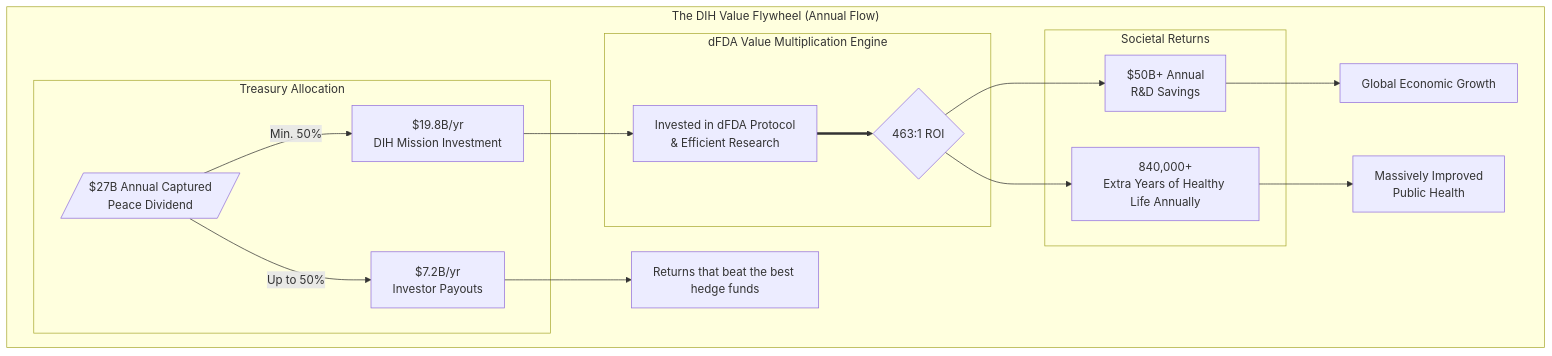
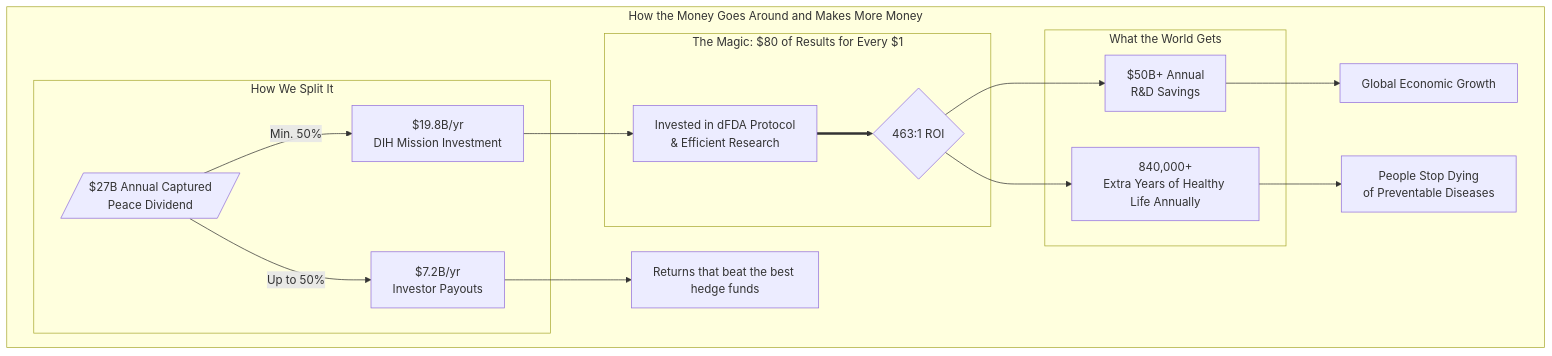
Before and after one commit to mikepsinn/disease-eradication-plan: the second of 2 diagrams in README.md, drawn with Mermaid. The commit also changed other lines of this file and 1 other file, not shown here.

````diff
--- a/README.md
+++ b/README.md
@@ -182,25 +184,25 @@
 ```mermaid
 graph TD;
-    subgraph "The DIH Value Flywheel (Annual Flow)";
+    subgraph "How the Money Goes Around and Makes More Money";
         A[/"$27B Annual Captured<br/>Peace Dividend"/];
 
-        subgraph "Treasury Allocation";
+        subgraph "How We Split It";
             A -->|"Up to 50%"| B["$7.2B/yr<br/>Investor Payouts"];
             A -->|"Min. 50%"| C["$19.8B/yr<br/>DIH Mission Investment"];
         end
 
-        subgraph "dFDA Value Multiplication Engine";
+        subgraph "The Magic: $80 of Results for Every $1";
             C --> D["Invested in dFDA Protocol<br/>& Efficient Research"];
             D ==> E{"463:1 ROI"};
         end
 
-        subgraph "Societal Returns";
+        subgraph "What the World Gets";
             E --> F["$50B+ Annual<br/>R&D Savings"];
             E --> G["840,000+<br/>Extra Years of Healthy Life Annually"];
         end
 
         B --> X["Returns that beat the best hedge funds"];
         F --> Y["Global Economic Growth"];
-        G --> Z["Massively Improved<br/>Public Health"];
+        G --> Z["People Stop Dying<br/>of Preventable Diseases"];
     end
 ```
````
